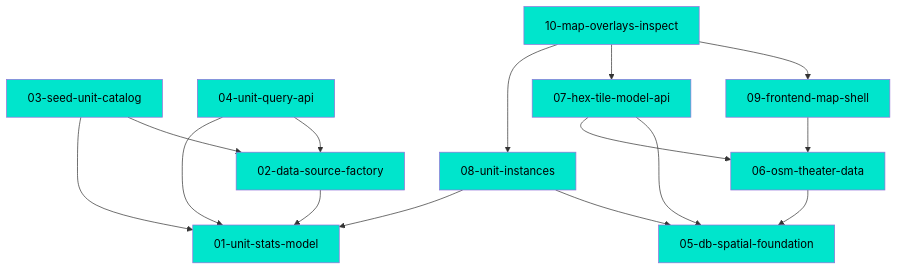
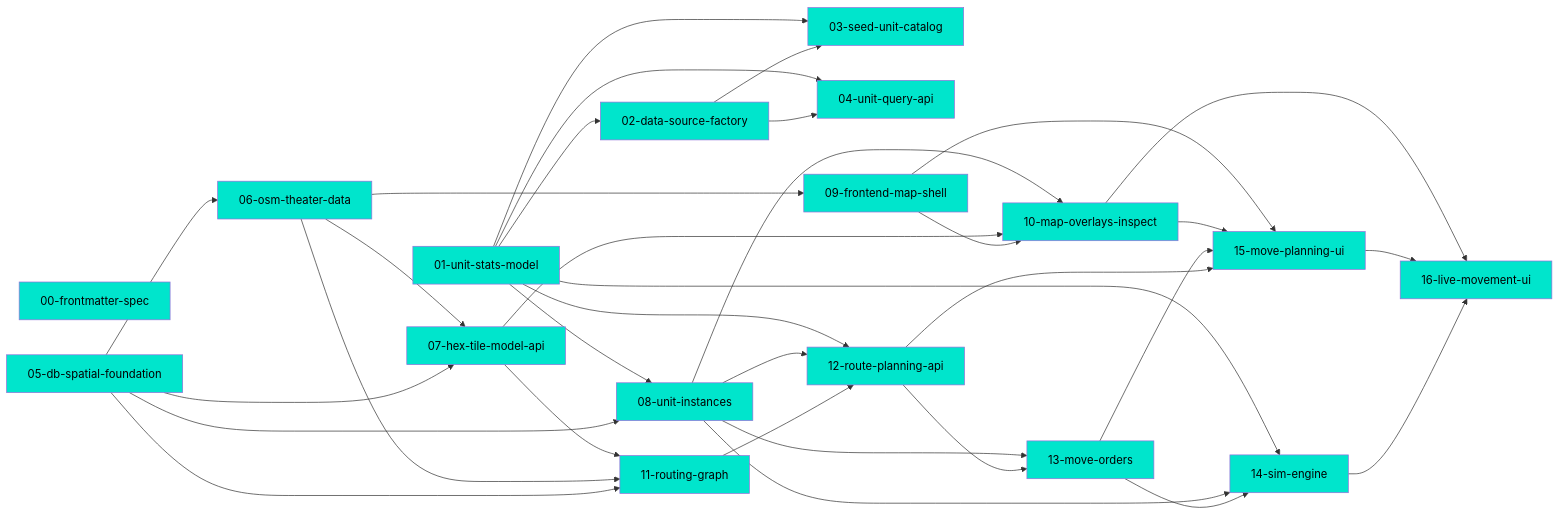
Before and after one commit to JanderHungrige/Battlefuel: the diagram in .mdd/connections.md, drawn with Mermaid. The commit also changed other lines of this file and 25 other files, not shown here.

First line of the commit message:
feat(frontend): Wave 3 — move-planning & live-movement UI

````diff
--- a/.mdd/connections.md
+++ b/.mdd/connections.md
@@ -38,33 +56,56 @@
 ```mermaid
-graph TD
-    d01["01-unit-stats-model"]:::complete
-    d02["02-data-source-factory"]:::complete
-    d03["03-seed-unit-catalog"]:::complete
-    d04["04-unit-query-api"]:::complete
-    d05["05-db-spatial-foundation"]:::complete
-    d06["06-osm-theater-data"]:::complete
-    d07["07-hex-tile-model-api"]:::complete
-    d08["08-unit-instances"]:::complete
-    d09["09-frontend-map-shell"]:::complete
-    d10["10-map-overlays-inspect"]:::complete
-
-    d02 --> d01
-    d03 --> d02
-    d03 --> d01
-    d04 --> d02
-    d04 --> d01
-    d06 --> d05
-    d07 --> d05
-    d07 --> d06
-    d08 --> d05
-    d08 --> d01
-    d09 --> d06
-    d10 --> d09
-    d10 --> d07
-    d10 --> d08
-
-    classDef complete fill:#00e5cc,color:#000
-    classDef in_progress fill:#ffaa00,color:#000
-    classDef draft fill:#888,color:#fff
-    classDef deprecated fill:#555,color:#aaa
+graph LR
+  00_frontmatter_spec["00-frontmatter-spec"]:::complete
+  01_unit_stats_model["01-unit-stats-model"]:::complete
+  02_data_source_factory["02-data-source-factory"]:::complete
+  03_seed_unit_catalog["03-seed-unit-catalog"]:::complete
+  04_unit_query_api["04-unit-query-api"]:::complete
+  05_db_spatial_foundation["05-db-spatial-foundation"]:::complete
+  06_osm_theater_data["06-osm-theater-data"]:::complete
+  07_hex_tile_model_api["07-hex-tile-model-api"]:::complete
+  08_unit_instances["08-unit-instances"]:::complete
+  09_frontend_map_shell["09-frontend-map-shell"]:::complete
+  10_map_overlays_inspect["10-map-overlays-inspect"]:::complete
+  11_routing_graph["11-routing-graph"]:::complete
+  12_route_planning_api["12-route-planning-api"]:::complete
+  13_move_orders["13-move-orders"]:::complete
+  14_sim_engine["14-sim-engine"]:::complete
+  15_move_planning_ui["15-move-planning-ui"]:::complete
+  16_live_movement_ui["16-live-movement-ui"]:::complete
+  01_unit_stats_model --> 02_data_source_factory
+  02_data_source_factory --> 03_seed_unit_catalog
+  01_unit_stats_model --> 03_seed_unit_catalog
+  02_data_source_factory --> 04_unit_query_api
+  01_unit_stats_model --> 04_unit_query_api
+  05_db_spatial_foundation --> 06_osm_theater_data
+  05_db_spatial_foundation --> 07_hex_tile_model_api
+  06_osm_theater_data --> 07_hex_tile_model_api
+  05_db_spatial_foundation --> 08_unit_instances
+  01_unit_stats_model --> 08_unit_instances
+  06_osm_theater_data --> 09_frontend_map_shell
+  09_frontend_map_shell --> 10_map_overlays_inspect
+  07_hex_tile_model_api --> 10_map_overlays_inspect
+  08_unit_instances --> 10_map_overlays_inspect
+  05_db_spatial_foundation --> 11_routing_graph
+  06_osm_theater_data --> 11_routing_graph
+  07_hex_tile_model_api --> 11_routing_graph
+  11_routing_graph --> 12_route_planning_api
+  08_unit_instances --> 12_route_planning_api
+  01_unit_stats_model --> 12_route_planning_api
+  12_route_planning_api --> 13_move_orders
+  08_unit_instances --> 13_move_orders
+  13_move_orders --> 14_sim_engine
+  08_unit_instances --> 14_sim_engine
+  01_unit_stats_model --> 14_sim_engine
+  12_route_planning_api --> 15_move_planning_ui
+  13_move_orders --> 15_move_planning_ui
+  10_map_overlays_inspect --> 15_move_planning_ui
+  09_frontend_map_shell --> 15_move_planning_ui
+  14_sim_engine --> 16_live_movement_ui
+  15_move_planning_ui --> 16_live_movement_ui
+  10_map_overlays_inspect --> 16_live_movement_ui
+  classDef complete fill:#00e5cc,color:#000
+  classDef in_progress fill:#ffaa00,color:#000
+  classDef draft fill:#888,color:#fff
+  classDef deprecated fill:#555,color:#aaa
 ```
````
